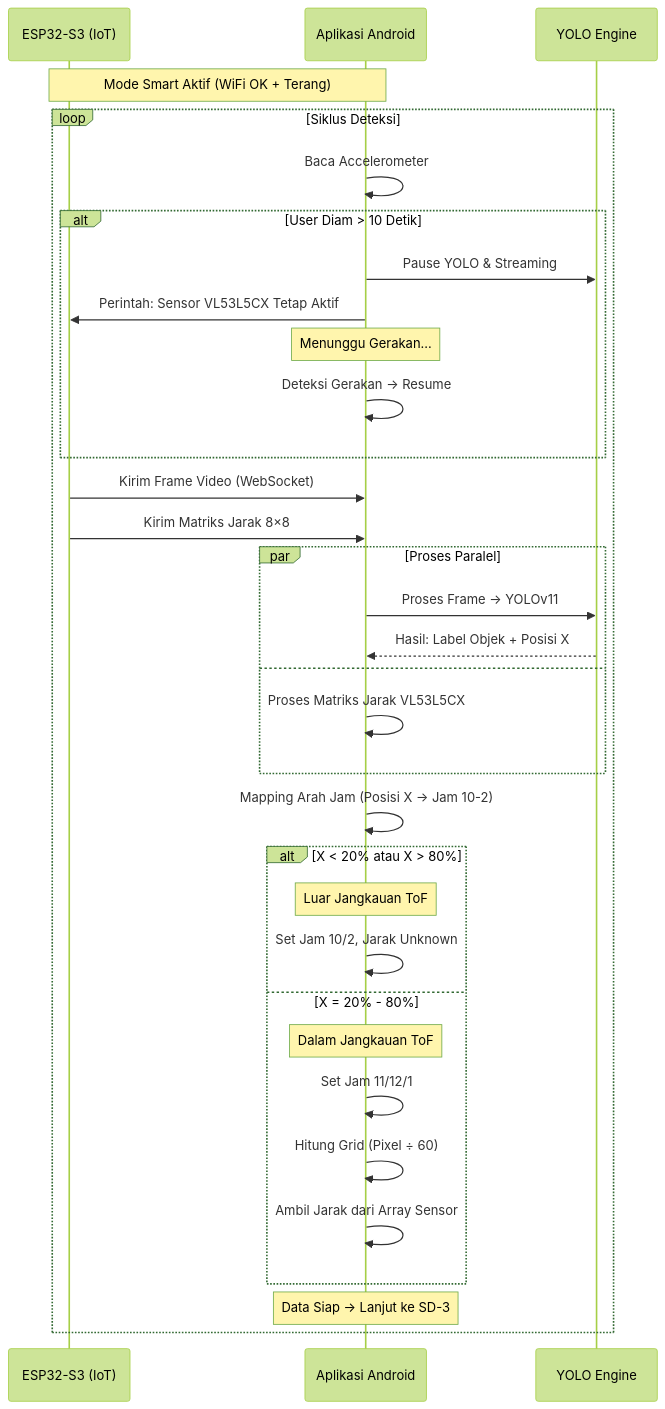
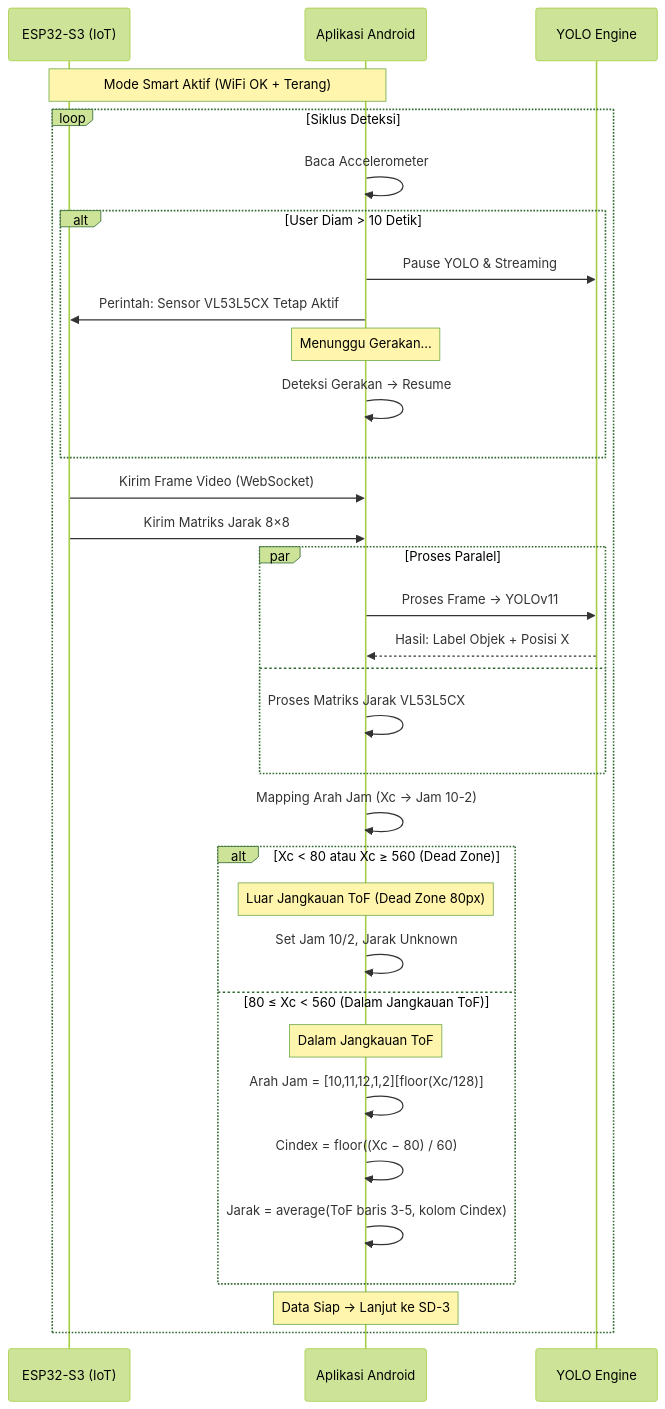
The third of 10 diagrams in sequence-diagram.md (aan-andiyanaS/draf), drawn with Mermaid (forest theme) before and after one commit. The commit also changed other lines of this file and 4 other files, not shown here.

````diff
--- a/sequence-diagram.md
+++ b/sequence-diagram.md
@@ -199,43 +199,43 @@
 ```mermaid
 sequenceDiagram
     participant IoT as ESP32-S3 (IoT)
     participant App as Aplikasi Android
     participant AI as YOLO Engine
 
     Note over IoT, App: Mode Smart Aktif (WiFi OK + Terang)
 
     loop Siklus Deteksi
         App->>App: Baca Accelerometer
 
         alt User Diam > 10 Detik
             App->>AI: Pause YOLO & Streaming
             App->>IoT: Perintah: Sensor VL53L5CX Tetap Aktif
             Note over App: Menunggu Gerakan...
             App->>App: Deteksi Gerakan → Resume
         end
 
         IoT->>App: Kirim Frame Video (WebSocket)
         IoT->>App: Kirim Matriks Jarak 8×8
 
         par Proses Paralel
             App->>AI: Proses Frame → YOLOv11
             AI-->>App: Hasil: Label Objek + Posisi X
         and
             App->>App: Proses Matriks Jarak VL53L5CX
         end
 
-        App->>App: Mapping Arah Jam (Posisi X → Jam 10-2)
+        App->>App: Mapping Arah Jam (Xc → Jam 10-2)
 
-        alt X < 20% atau X > 80%
-            Note over App: Luar Jangkauan ToF
+        alt Xc < 80 atau Xc ≥ 560 (Dead Zone)
+            Note over App: Luar Jangkauan ToF (Dead Zone 80px)
             App->>App: Set Jam 10/2, Jarak Unknown
-        else X = 20% - 80%
+        else 80 ≤ Xc < 560 (Dalam Jangkauan ToF)
             Note over App: Dalam Jangkauan ToF
-            App->>App: Set Jam 11/12/1
-            App->>App: Hitung Grid (Pixel ÷ 60)
-            App->>App: Ambil Jarak dari Array Sensor
+            App->>App: Arah Jam = [10,11,12,1,2][floor(Xc/128)]
+            App->>App: Cindex = floor((Xc − 80) / 60)
+            App->>App: Jarak = average(ToF baris 3-5, kolom Cindex)
         end
 
         Note over App: Data Siap → Lanjut ke SD-3
     end
 ```
````
